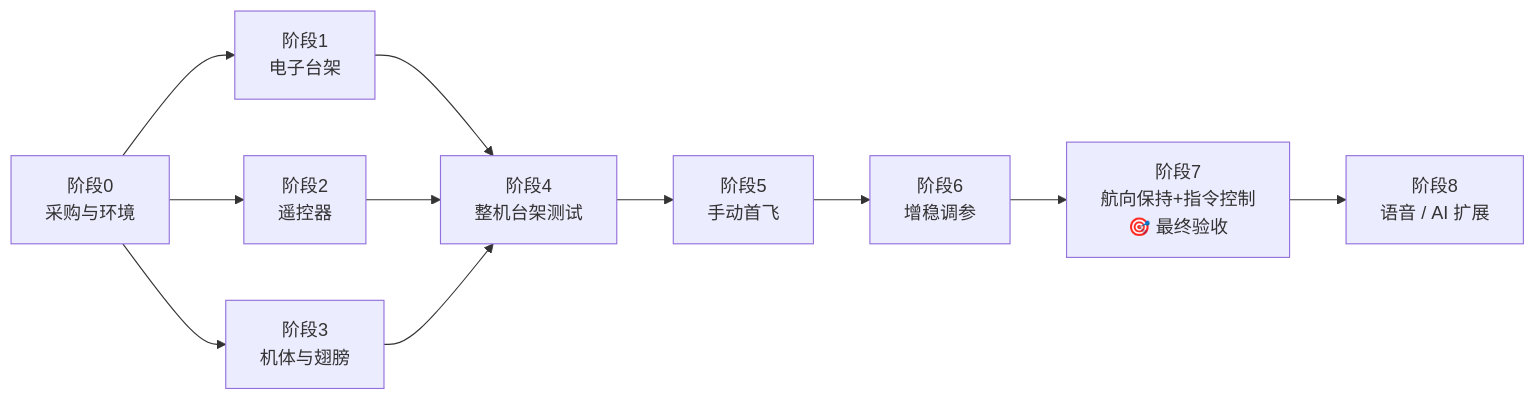
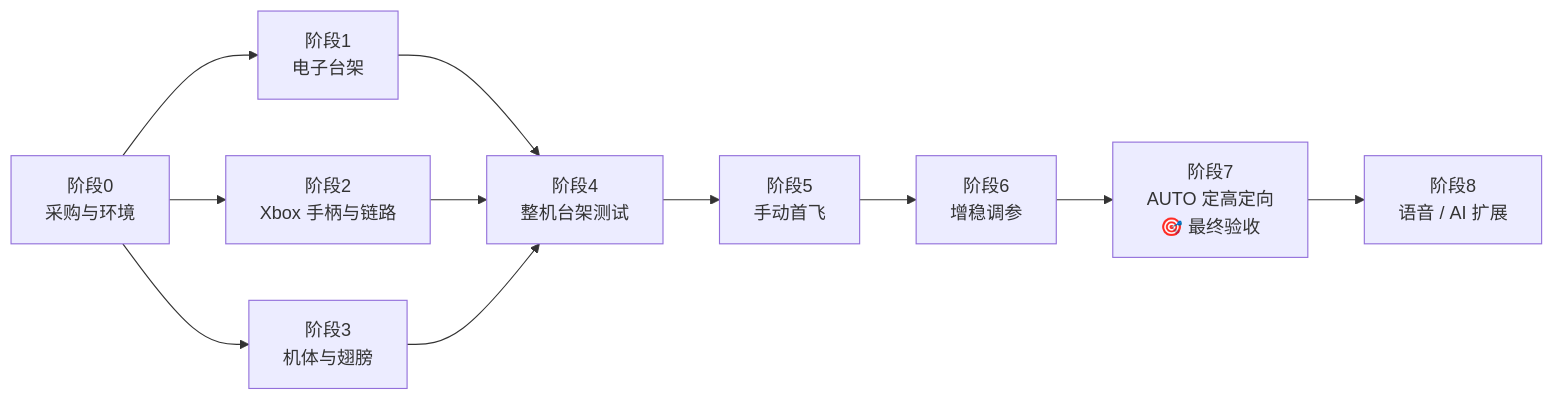
One commit to ouhanjun-wq/ou changed the diagram in docs/build-plan.md. Above: the diagram before and after it, drawn with Mermaid. The commit also changed other lines of this file and 1 other file, not shown here.

First line of the commit message:
Docs: part models/specs, Xbox controls, AUTO flight and phases

````diff
--- a/docs/build-plan.md
+++ b/docs/build-plan.md
@@ -14,13 +14,13 @@
 ```mermaid
 flowchart LR
   P0[阶段0<br/>采购与环境] --> P1[阶段1<br/>电子台架]
-  P0 --> P2[阶段2<br/>遥控器]
+  P0 --> P2[阶段2<br/>Xbox 手柄与链路]
   P0 --> P3[阶段3<br/>机体与翅膀]
   P1 --> P4[阶段4<br/>整机台架测试]
   P2 --> P4
   P3 --> P4
   P4 --> P5[阶段5<br/>手动首飞]
   P5 --> P6[阶段6<br/>增稳调参]
-  P6 --> P7[阶段7<br/>航向保持+指令控制<br/>🎯 最终验收]
+  P6 --> P7[阶段7<br/>AUTO 定高定向<br/>🎯 最终验收]
   P7 --> P8[阶段8<br/>语音 / AI 扩展]
 ```
````
